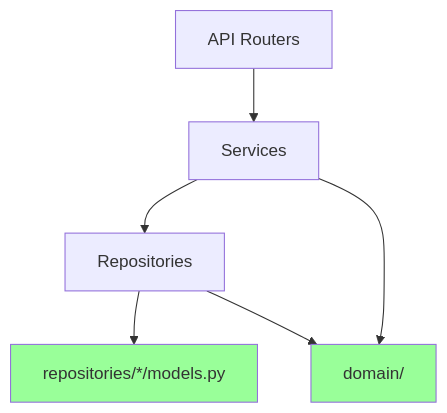
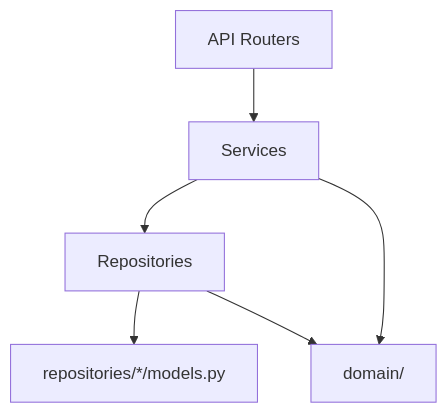
The second of 6 diagrams in docs/changes_from_restructure-fastapi-app_to_restructure-models.md (ELC/upskilling), drawn with Mermaid before and after one commit. The commit also changed other lines of this file, not shown here.

````diff
--- a/docs/changes_from_restructure-fastapi-app_to_restructure-models.md
+++ b/docs/changes_from_restructure-fastapi-app_to_restructure-models.md
@@ -34,11 +31,8 @@
 ```mermaid
 graph TD
     A[API Routers] --> B[Services]
     B --> C[Repositories]
     B --> D[domain/]
     C --> E[repositories/*/models.py]
     C --> D
-    
-    style D fill:#99ff99
-    style E fill:#99ff99
 ```
````
